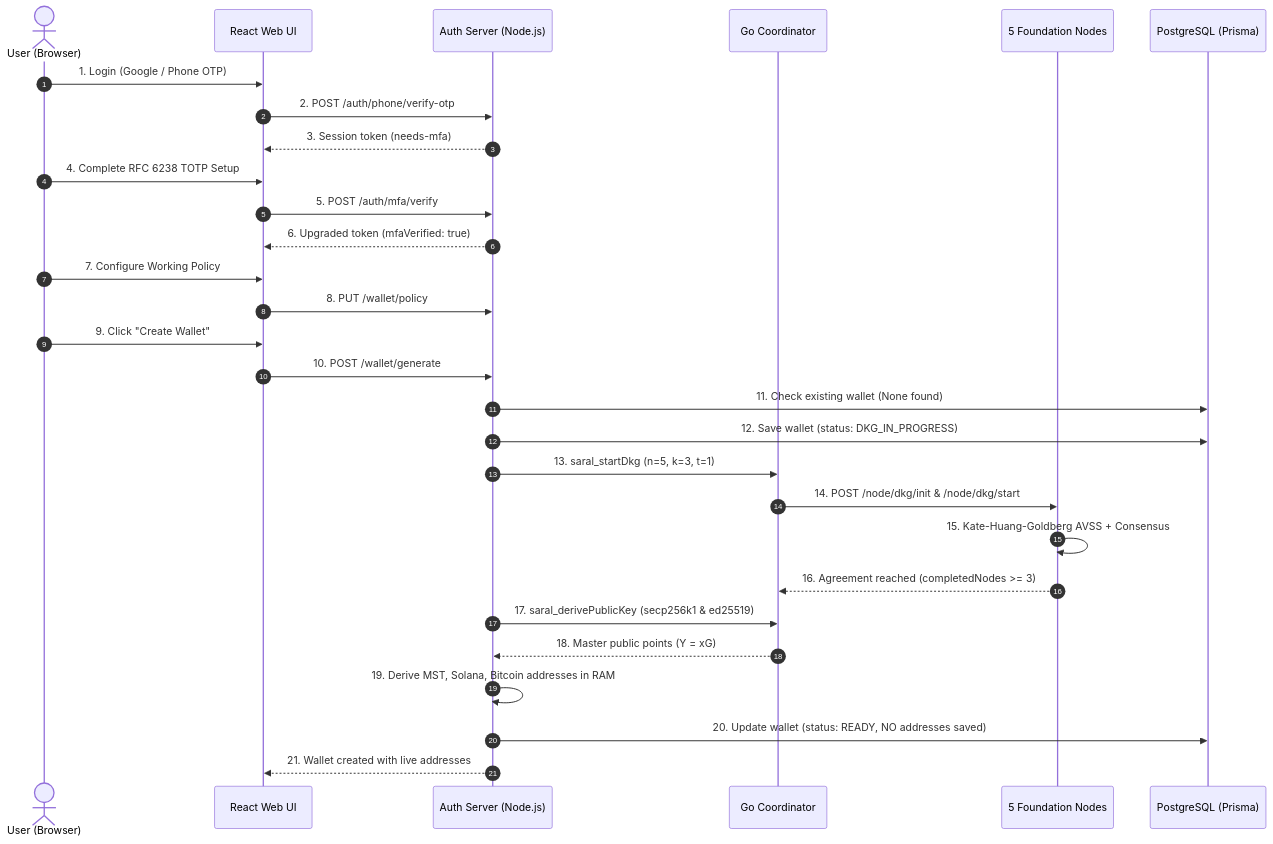
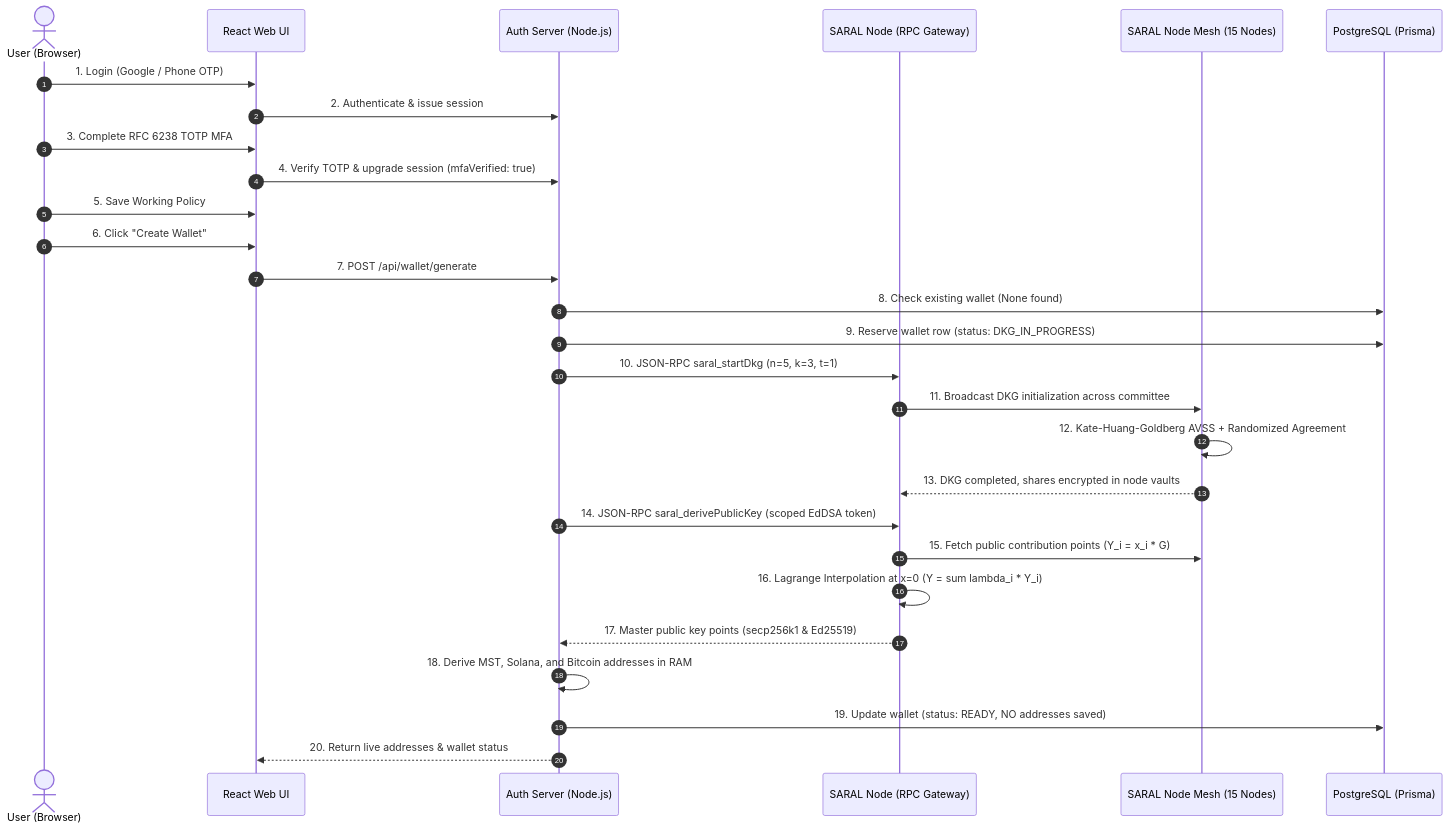
Before and after one commit to shubhammongoosetech/saral-poc: the third of 4 diagrams in SARAL_ARCHITECTURE.md, drawn with Mermaid. The commit also changed other lines of this file and 82 other files, not shown here.

First line of the commit message:
feat(arch): remove coordinator and verifier nodes; establish 2-component architecture

````diff
--- a/SARAL_ARCHITECTURE.md
+++ b/SARAL_ARCHITECTURE.md
@@ -223,32 +249,31 @@
 ```mermaid
 sequenceDiagram
     autonumber
     actor User as User (Browser)
     participant UI as React Web UI
     participant Auth as Auth Server (Node.js)
-    participant Coord as Go Coordinator
-    participant Nodes as 5 Foundation Nodes
+    participant Node as SARAL Node (RPC Gateway)
+    participant Mesh as SARAL Node Mesh (15 Nodes)
     participant DB as PostgreSQL (Prisma)
 
     User->>UI: 1. Login (Google / Phone OTP)
-    UI->>Auth: 2. POST /auth/phone/verify-otp
-    Auth-->>UI: 3. Session token (needs-mfa)
-    User->>UI: 4. Complete RFC 6238 TOTP Setup
-    UI->>Auth: 5. POST /auth/mfa/verify
-    Auth-->>UI: 6. Upgraded token (mfaVerified: true)
-    User->>UI: 7. Configure Working Policy
-    UI->>Auth: 8. PUT /wallet/policy
-    User->>UI: 9. Click "Create Wallet"
-    UI->>Auth: 10. POST /wallet/generate
-    Auth->>DB: 11. Check existing wallet (None found)
-    Auth->>DB: 12. Save wallet (status: DKG_IN_PROGRESS)
-    Auth->>Coord: 13. saral_startDkg (n=5, k=3, t=1)
-    Coord->>Nodes: 14. POST /node/dkg/init & /node/dkg/start
-    Nodes->>Nodes: 15. Kate-Huang-Goldberg AVSS + Consensus
-    Nodes-->>Coord: 16. Agreement reached (completedNodes >= 3)
-    Auth->>Coord: 17. saral_derivePublicKey (secp256k1 & ed25519)
-    Coord-->>Auth: 18. Master public points (Y = xG)
-    Auth->>Auth: 19. Derive MST, Solana, Bitcoin addresses in RAM
-    Auth->>DB: 20. Update wallet (status: READY, NO addresses saved)
-    Auth-->>UI: 21. Wallet created with live addresses
+    UI->>Auth: 2. Authenticate & issue session
+    User->>UI: 3. Complete RFC 6238 TOTP MFA
+    UI->>Auth: 4. Verify TOTP & upgrade session (mfaVerified: true)
+    User->>UI: 5. Save Working Policy
+    User->>UI: 6. Click "Create Wallet"
+    UI->>Auth: 7. POST /api/wallet/generate
+    Auth->>DB: 8. Check existing wallet (None found)
+    Auth->>DB: 9. Reserve wallet row (status: DKG_IN_PROGRESS)
+    Auth->>Node: 10. JSON-RPC saral_startDkg (n=5, k=3, t=1)
+    Node->>Mesh: 11. Broadcast DKG initialization across committee
+    Mesh->>Mesh: 12. Kate-Huang-Goldberg AVSS + Randomized Agreement
+    Mesh-->>Node: 13. DKG completed, shares encrypted in node vaults
+    Auth->>Node: 14. JSON-RPC saral_derivePublicKey (scoped EdDSA token)
+    Node->>Mesh: 15. Fetch public contribution points (Y_i = x_i * G)
+    Node->>Node: 16. Lagrange Interpolation at x=0 (Y = sum lambda_i * Y_i)
+    Node-->>Auth: 17. Master public key points (secp256k1 & Ed25519)
+    Auth->>Auth: 18. Derive MST, Solana, and Bitcoin addresses in RAM
+    Auth->>DB: 19. Update wallet (status: READY, NO addresses saved)
+    Auth-->>UI: 20. Return live addresses & wallet status
 ```
````
